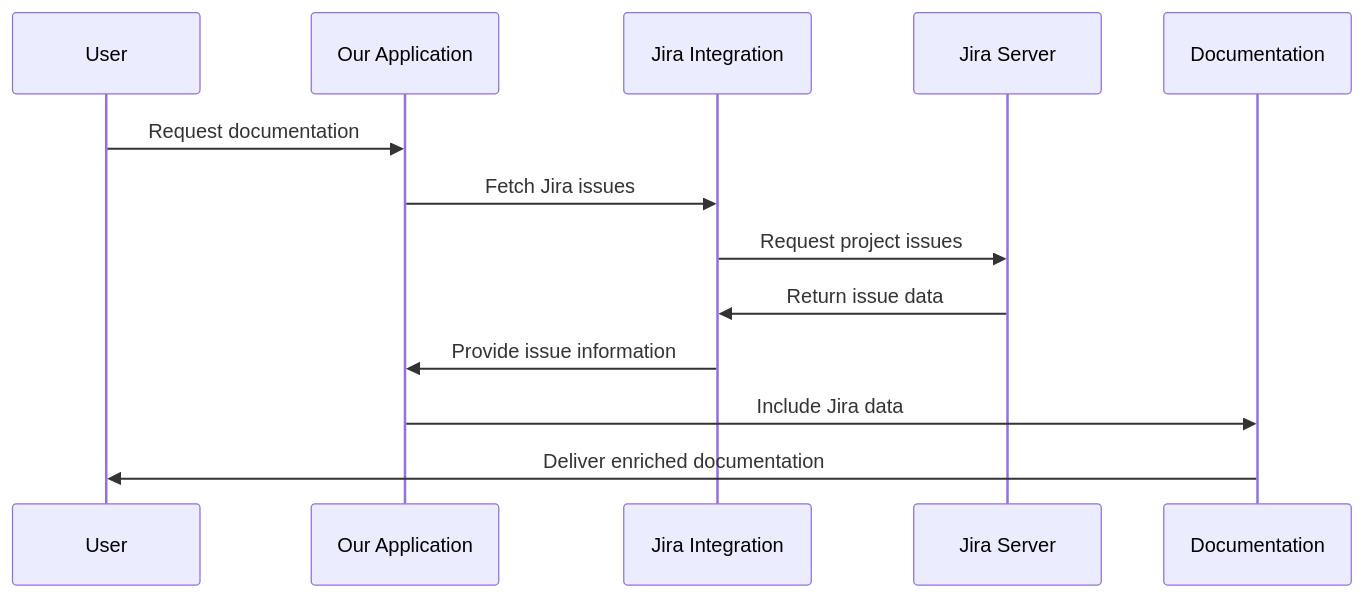
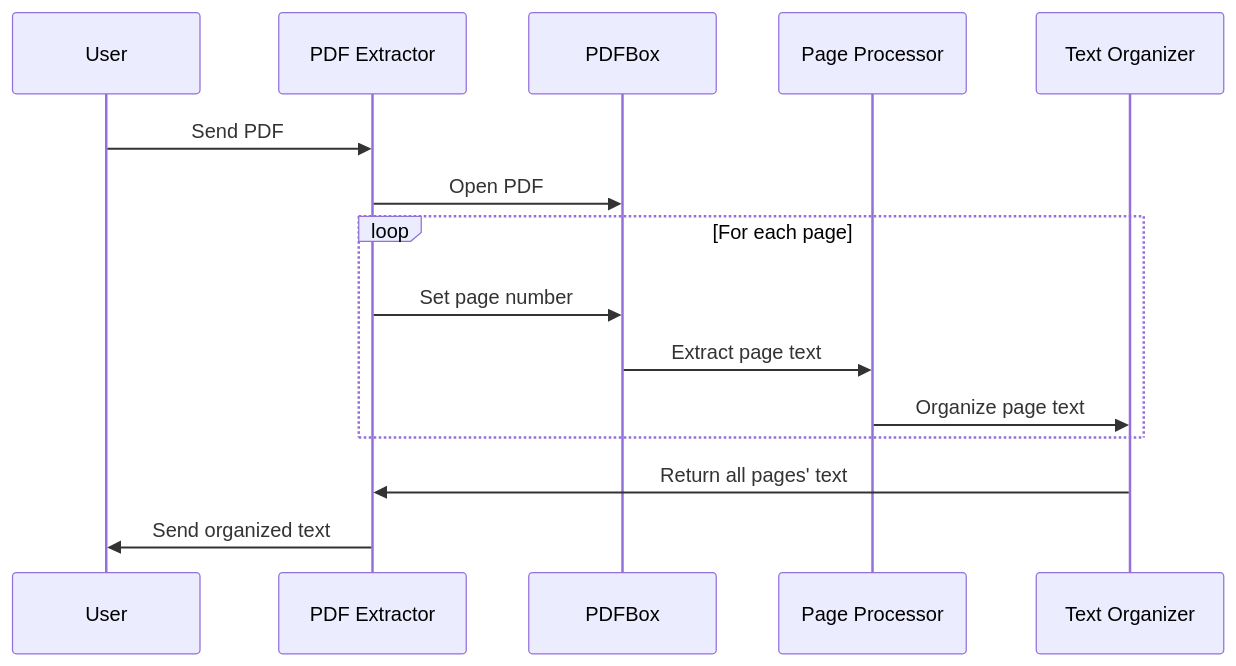
One commit to dygavieta/NewRepo changed the sixth of 7 diagrams in README.md. Above: the diagram before and after it, drawn with Mermaid. The commit also changed other lines of this file, not shown here.

````diff
--- a/README.md
+++ b/README.md
@@ -729,16 +450,17 @@
 ```mermaid
 sequenceDiagram
     participant User
-    participant App as Our Application
-    participant JI as Jira Integration
-    participant Jira as Jira Server
-    participant Doc as Documentation
-
-    User->>App: Request documentation
-    App->>JI: Fetch Jira issues
-    JI->>Jira: Request project issues
-    Jira->>JI: Return issue data
-    JI->>App: Provide issue information
-    App->>Doc: Include Jira data
-    Doc->>User: Deliver enriched documentation
+    participant App as PDF Extractor
+    participant PDFBox
+    participant Page as Page Processor
+    participant Text as Text Organizer
+    User->>App: Send PDF
+    App->>PDFBox: Open PDF
+    loop For each page
+        App->>PDFBox: Set page number
+        PDFBox->>Page: Extract page text
+        Page->>Text: Organize page text
+    end
+    Text->>App: Return all pages' text
+    App->>User: Send organized text
 ```
````
